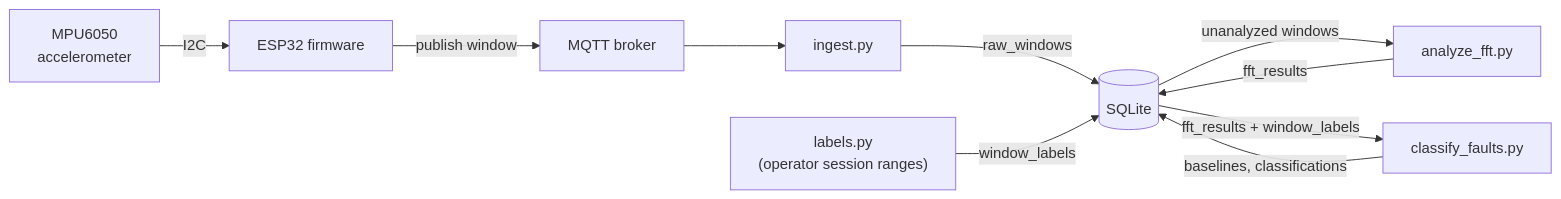
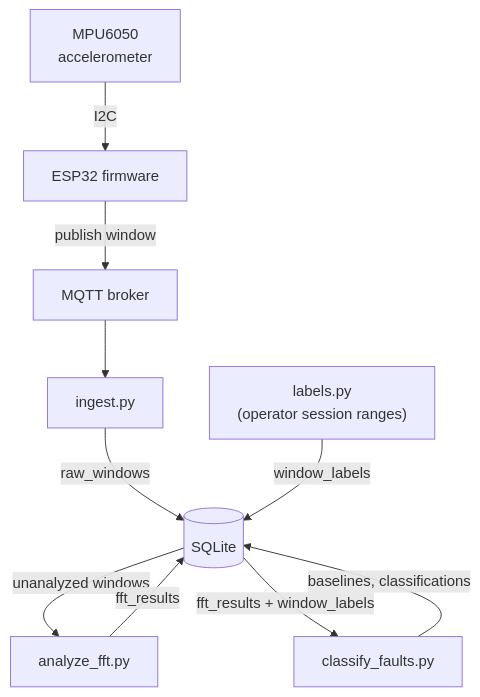
The diagram in README.md (tyroneous9/Conveyor-Monitor), drawn with Mermaid before and after one commit.

Commit message:
doc revision #1

````diff
--- a/README.md
+++ b/README.md
@@ -19,12 +19,12 @@
 ```mermaid
-flowchart LR
+flowchart TD
     MPU["MPU6050<br/>accelerometer"] -->|I2C| ESP["ESP32 firmware"]
     ESP -->|"publish window"| Broker["MQTT broker"]
     Broker --> Ingest["ingest.py"]
     Ingest -->|raw_windows| DB[("SQLite")]
     DB -->|unanalyzed windows| Analyze["analyze_fft.py"]
     Analyze -->|fft_results| DB
     Labels["labels.py<br/>(operator session ranges)"] -->|window_labels| DB
     DB -->|fft_results + window_labels| Classify["classify_faults.py"]
     Classify -->|baselines, classifications| DB
 ```
````
